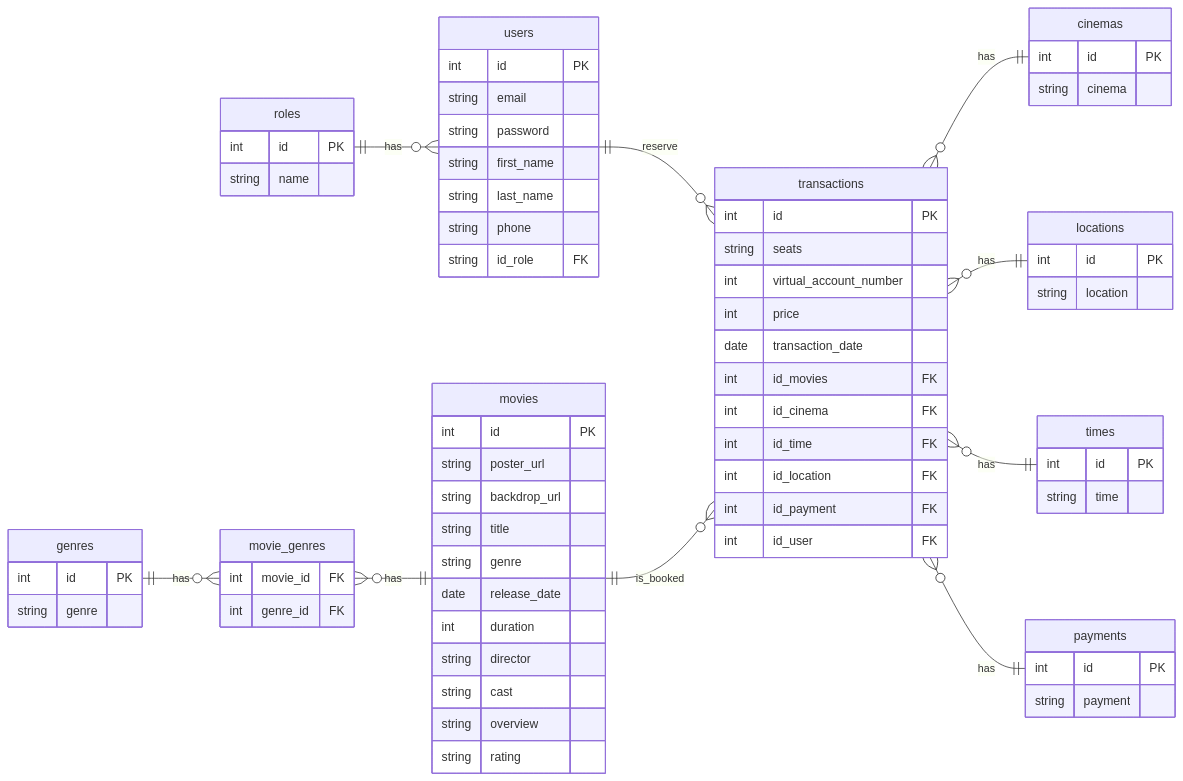
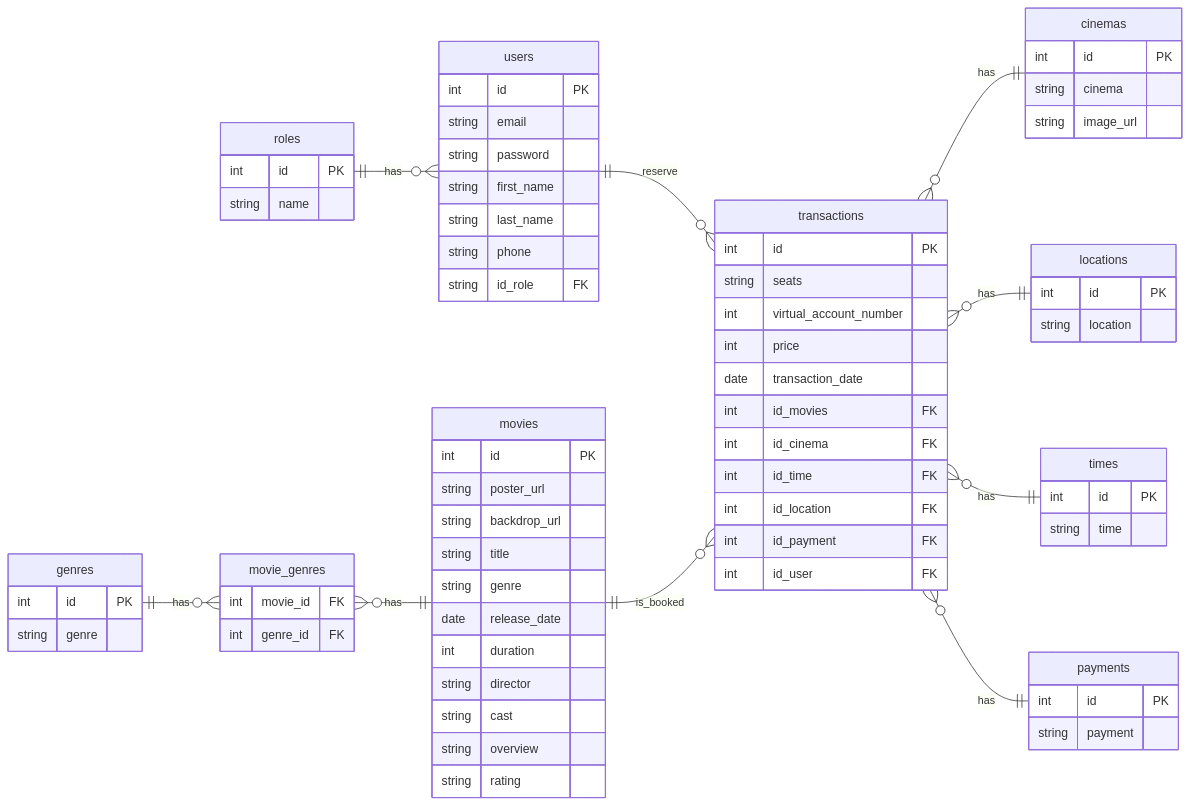
One commit to yusufbahtiarr/fgo24-db-weeklytask changed the diagram in readme.md. Above: the diagram before and after it, drawn with Mermaid.

Commit message:
feat: add realation erd kukky booking ticket app

```diff
--- a/readme.md
+++ b/readme.md
@@ -71,6 +71,7 @@
   cinemas {
     int id PK
     string cinema
+    string image_url
   }
 
   locations {
```
